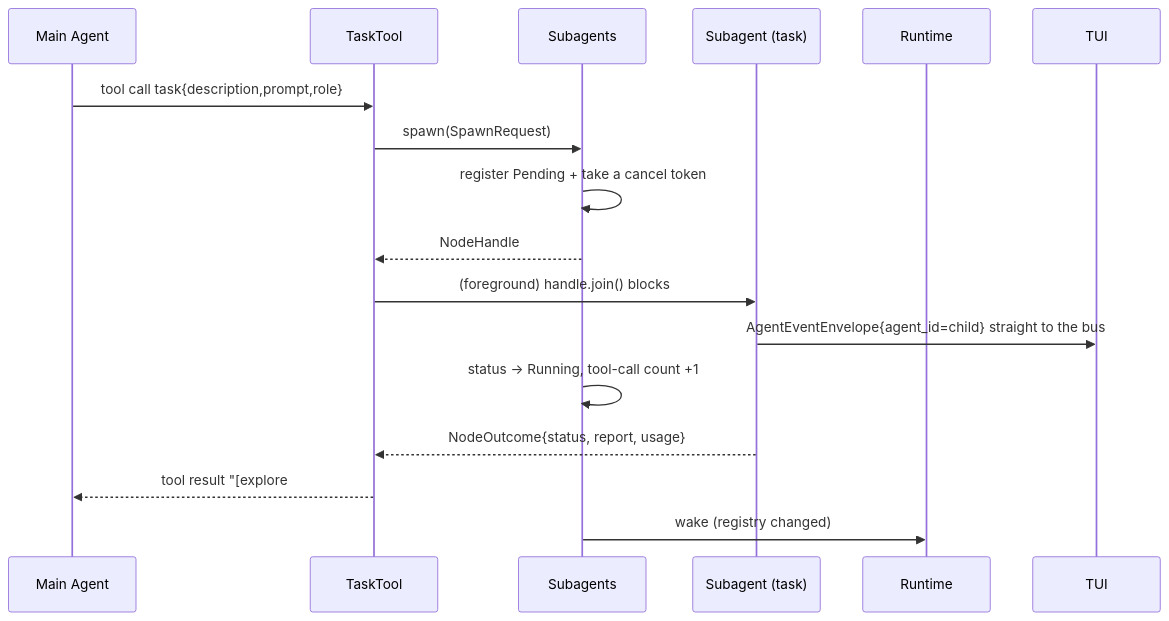
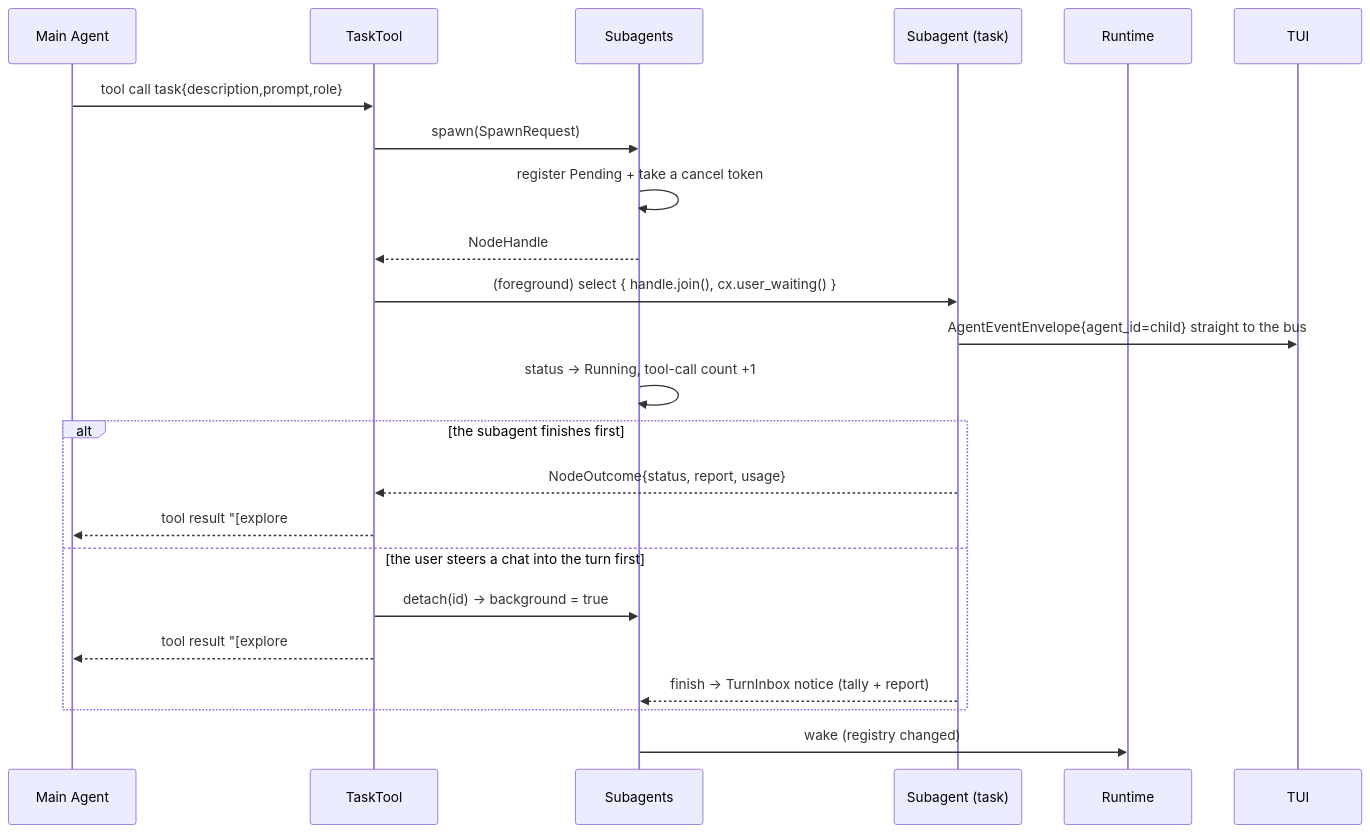
The first of 2 diagrams in docs/subagents.md (guuzaa/oven), drawn with Mermaid before and after one commit. The commit also changed other lines of this file and 22 other files, not shown here.

````diff
--- a/docs/subagents.md
+++ b/docs/subagents.md
@@ -86,20 +86,26 @@
 ```mermaid
 sequenceDiagram
     participant M as Main Agent
     participant T as TaskTool
     participant S as Subagents
     participant C as Subagent (task)
     participant RT as Runtime
     participant U as TUI
 
     M->>T: tool call task{description,prompt,role}
     T->>S: spawn(SpawnRequest)
     S->>S: register Pending + take a cancel token
     S-->>T: NodeHandle
-    T->>C: (foreground) handle.join() blocks
+    T->>C: (foreground) select { handle.join(), cx.user_waiting() }
     C->>U: AgentEventEnvelope{agent_id=child} straight to the bus
     S->>S: status → Running, tool-call count +1
-    C-->>T: NodeOutcome{status, report, usage}
-    T-->>M: tool result "[explore#1 done · 3 steps, 6 tool calls · 8400 tokens · 12.3s]"
+    alt the subagent finishes first
+        C-->>T: NodeOutcome{status, report, usage}
+        T-->>M: tool result "[explore#1 done · 3 steps, 6 tool calls · 8400 tokens · 12.3s]" + report
+    else the user steers a chat into the turn first
+        T->>S: detach(id) → background = true
+        T-->>M: tool result "[explore#1 is still running: … moved to the background. …]"
+        C-->>S: finish → TurnInbox notice (tally + report)
+    end
     S->>RT: wake (registry changed)
 ```
````
